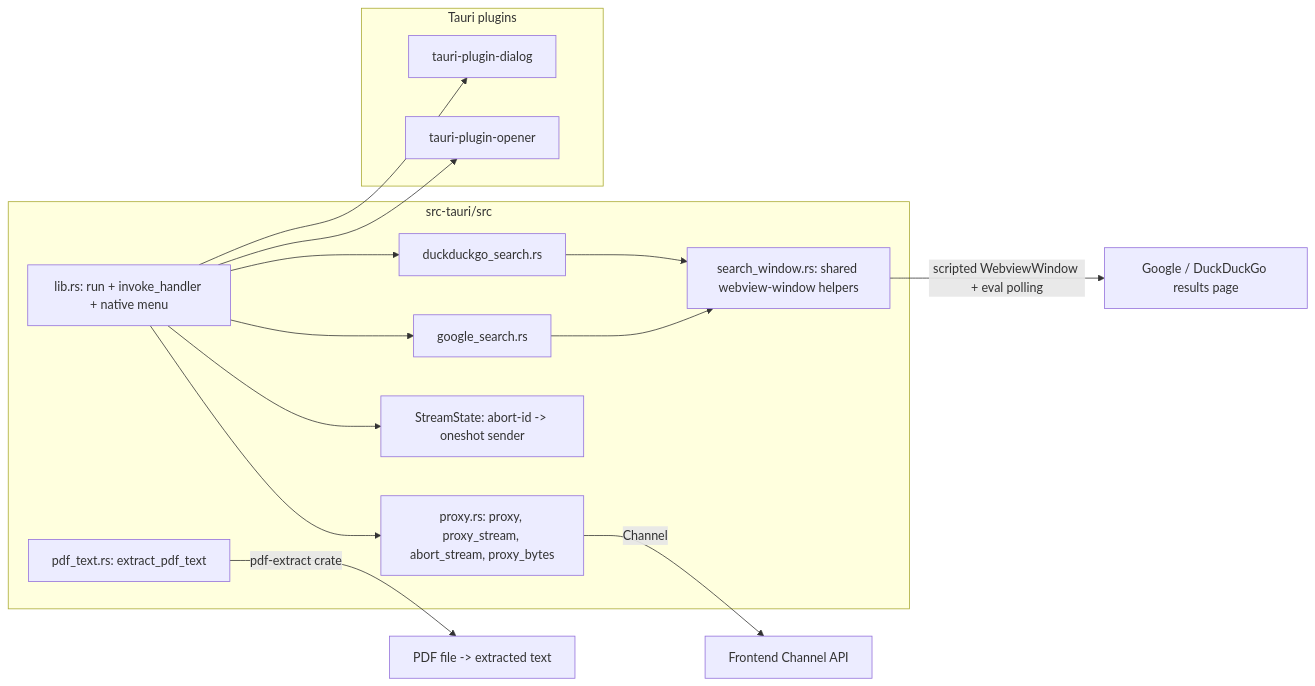
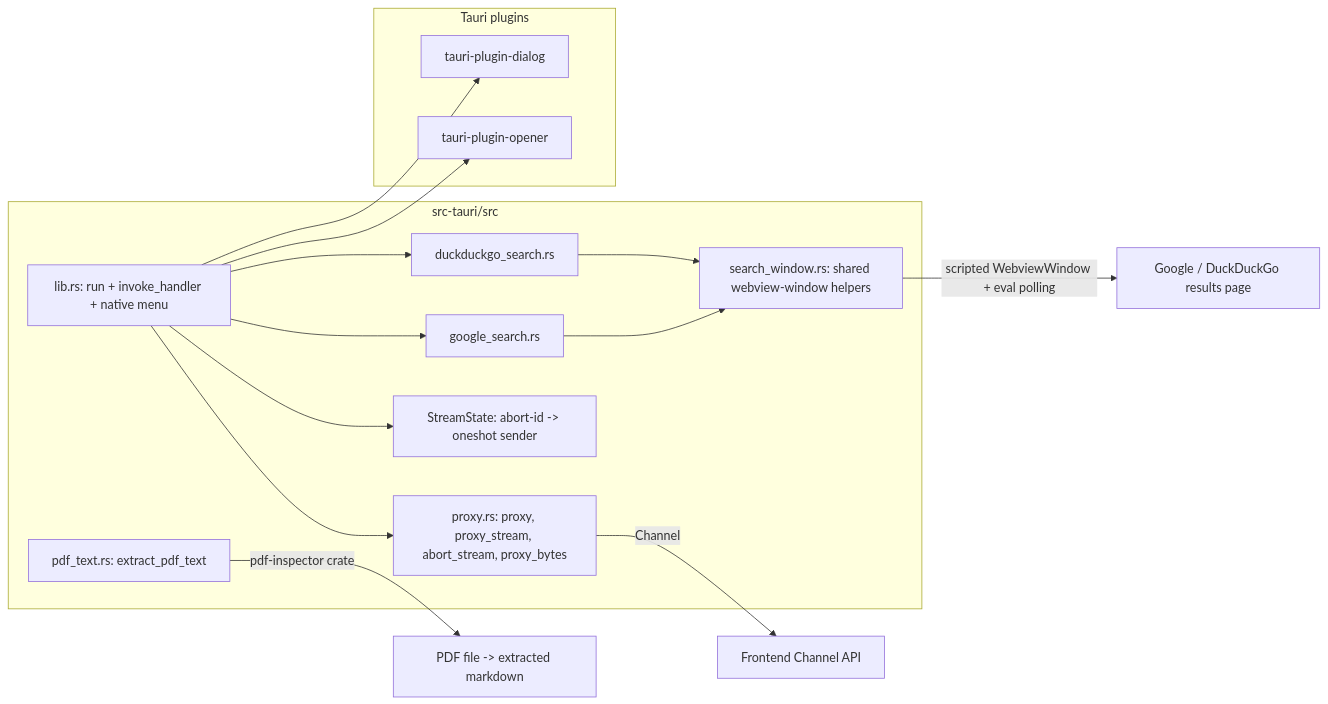
Before and after one commit to im4aLL/personal-agent: the sixth of 10 diagrams in ARCHITECTURE.md, drawn with Mermaid. The commit also changed other lines of this file and 3 other files, not shown here.

Commit message:
pdf inspector lib swap

````diff
--- a/ARCHITECTURE.md
+++ b/ARCHITECTURE.md
@@ -224,29 +224,29 @@
 ```mermaid
 flowchart LR
     subgraph Rust["src-tauri/src"]
         LIB[lib.rs: run + invoke_handler + native menu]
         PROXY[proxy.rs: proxy, proxy_stream, abort_stream, proxy_bytes]
         STATE[StreamState: abort-id -> oneshot sender]
         GS[google_search.rs]
         DDG[duckduckgo_search.rs]
         SW[search_window.rs: shared webview-window helpers]
         PDF[pdf_text.rs: extract_pdf_text]
     end
 
     subgraph Plugins["Tauri plugins"]
         P1[tauri-plugin-opener]
         P2[tauri-plugin-dialog]
     end
 
     LIB --> PROXY
     LIB --> STATE
     LIB --> GS
     LIB --> DDG
     LIB --> P1
     LIB --> P2
     GS --> SW
     DDG --> SW
-    PDF -->|pdf-extract crate| PDFTXT[PDF file -> extracted text]
+    PDF -->|pdf-inspector crate| PDFTXT[PDF file -> extracted markdown]
     PROXY -->|Channel<StreamChunk>| FRONT[Frontend Channel API]
     SW -->|scripted WebviewWindow + eval polling| ENGINE[Google / DuckDuckGo results page]
 ```
````
